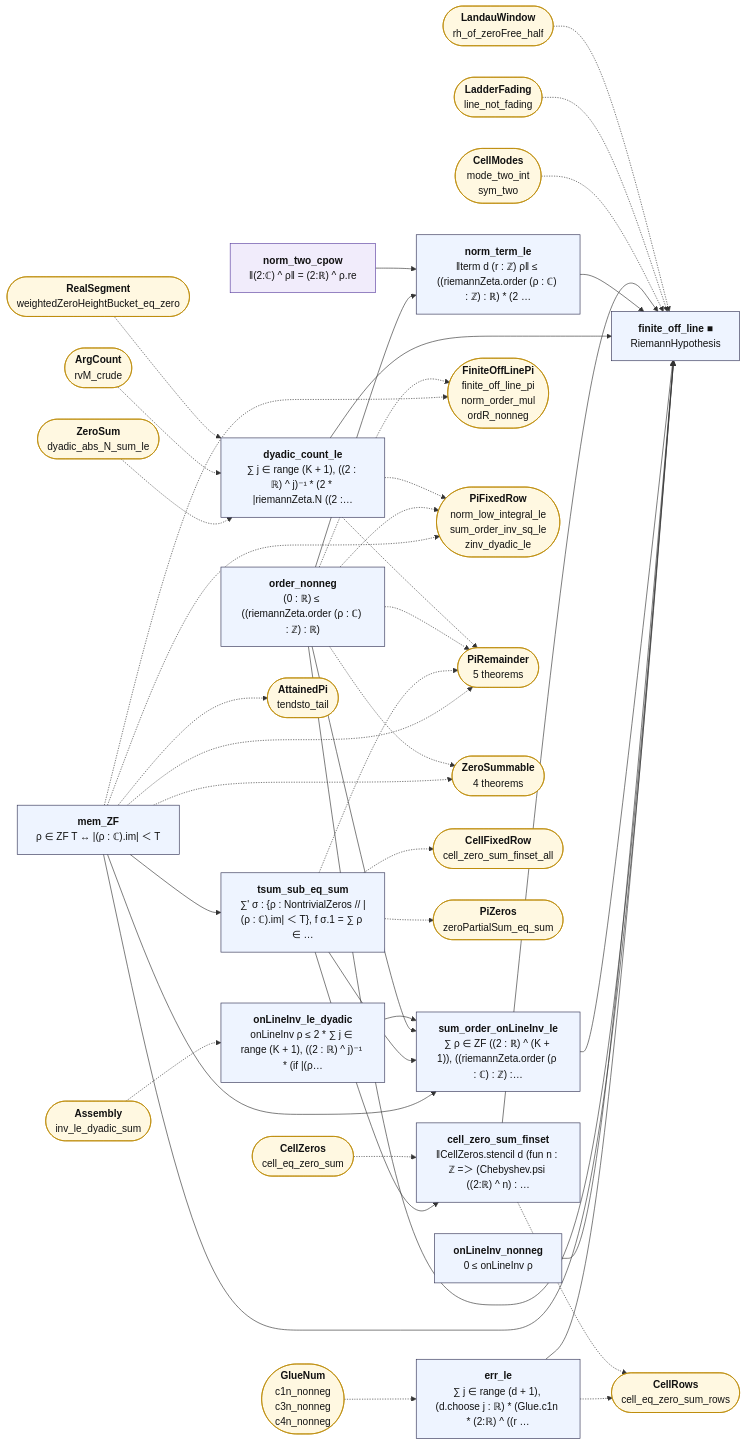
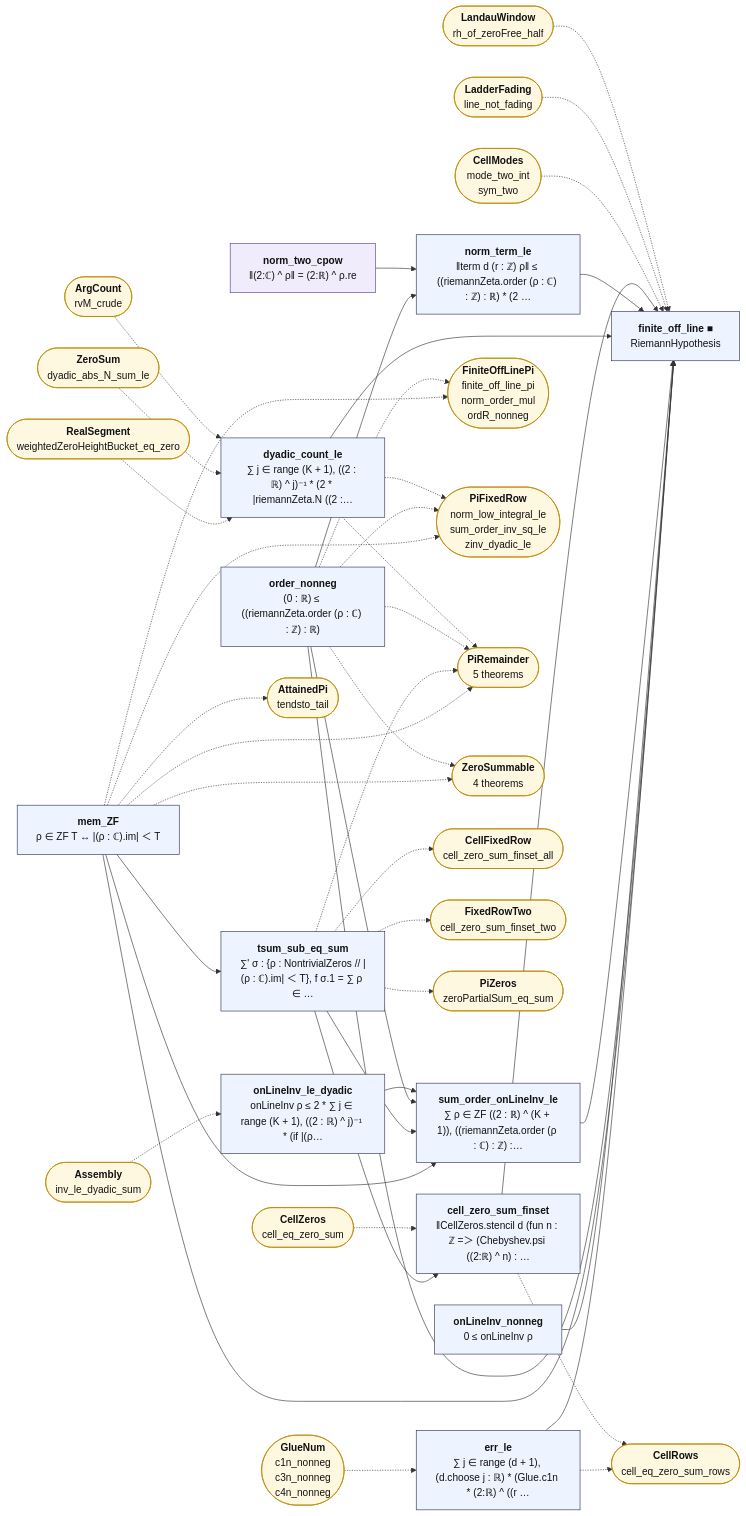
Before and after one commit to juliansambranojr/Primebeat_081426: the diagram in map/lean_stage3/FiniteOffLine.mmd, drawn with Mermaid. The commit also changed 49 other files, not shown here.

```diff
--- a/map/lean_stage3/FiniteOffLine.mmd
+++ b/map/lean_stage3/FiniteOffLine.mmd
@@ -1,79 +1,81 @@
 flowchart LR
   n0["<b>mem_ZF</b><br/>ρ ∈ ZF T ↔ |(ρ : ℂ).im| ＜ T"]:::thm
   n1["<b>tsum_sub_eq_sum</b><br/>∑' σ : {ρ : NontrivialZeros // |(ρ : ℂ).im| ＜ T}, f σ.1 = ∑ ρ ∈ …"]:::thm
   n2["<b>order_nonneg</b><br/>(0 : ℝ) ≤ ((riemannZeta.order (ρ : ℂ) : ℤ) : ℝ)"]:::thm
   n3["<b>onLineInv_nonneg</b><br/>0 ≤ onLineInv ρ"]:::thm
   n4["<b>onLineInv_le_dyadic</b><br/>onLineInv ρ ≤ 2 * ∑ j ∈ range (K + 1), ((2 : ℝ) ^ j)⁻¹ * (if |(ρ…"]:::thm
   n5["<b>sum_order_onLineInv_le</b><br/>∑ ρ ∈ ZF ((2 : ℝ) ^ (K + 1)), ((riemannZeta.order (ρ : ℂ) : ℤ) :…"]:::thm
   n6["<b>dyadic_count_le</b><br/>∑ j ∈ range (K + 1), ((2 : ℝ) ^ j)⁻¹ * (2 * |riemannZeta.N ((2 :…"]:::thm
   n7["<b>norm_two_cpow</b><br/>‖(2:ℂ) ^ ρ‖ = (2:ℝ) ^ ρ.re"]:::shp
   n8["<b>norm_term_le</b><br/>‖term d (r : ℤ) ρ‖ ≤ ((riemannZeta.order (ρ : ℂ) : ℤ) : ℝ) * (2 …"]:::thm
   n9["<b>cell_zero_sum_finset</b><br/>‖CellZeros.stencil d (fun n : ℤ =＞ (Chebyshev.psi ((2:ℝ) ^ n) : …"]:::thm
   n10["<b>err_le</b><br/>∑ j ∈ range (d + 1), (d.choose j : ℝ) * (Glue.c1n * (2:ℝ) ^ ((r …"]:::thm
   n11["<b>finite_off_line ■</b><br/>RiemannHypothesis"]:::thm
   x0(["<b>AttainedPi</b><br/>tendsto_tail"]):::ext
   x1(["<b>FiniteOffLinePi</b><br/>finite_off_line_pi<br/>norm_order_mul<br/>ordR_nonneg"]):::ext
   x2(["<b>PiFixedRow</b><br/>norm_low_integral_le<br/>sum_order_inv_sq_le<br/>zinv_dyadic_le"]):::ext
   x3(["<b>PiRemainder</b><br/>5 theorems"]):::ext
   x4(["<b>ZeroSummable</b><br/>4 theorems"]):::ext
   x5(["<b>CellFixedRow</b><br/>cell_zero_sum_finset_all"]):::ext
-  x6(["<b>PiZeros</b><br/>zeroPartialSum_eq_sum"]):::ext
-  x7(["<b>Assembly</b><br/>inv_le_dyadic_sum"]):::ext
-  x8(["<b>ArgCount</b><br/>rvM_crude"]):::ext
-  x9(["<b>RealSegment</b><br/>weightedZeroHeightBucket_eq_zero"]):::ext
-  x10(["<b>ZeroSum</b><br/>dyadic_abs_N_sum_le"]):::ext
-  x11(["<b>CellZeros</b><br/>cell_eq_zero_sum"]):::ext
-  x12(["<b>CellRows</b><br/>cell_eq_zero_sum_rows"]):::ext
-  x13(["<b>GlueNum</b><br/>c1n_nonneg<br/>c3n_nonneg<br/>c4n_nonneg"]):::ext
-  x14(["<b>CellModes</b><br/>mode_two_int<br/>sym_two"]):::ext
-  x15(["<b>LadderFading</b><br/>line_not_fading"]):::ext
-  x16(["<b>LandauWindow</b><br/>rh_of_zeroFree_half"]):::ext
+  x6(["<b>FixedRowTwo</b><br/>cell_zero_sum_finset_two"]):::ext
+  x7(["<b>PiZeros</b><br/>zeroPartialSum_eq_sum"]):::ext
+  x8(["<b>Assembly</b><br/>inv_le_dyadic_sum"]):::ext
+  x9(["<b>ArgCount</b><br/>rvM_crude"]):::ext
+  x10(["<b>RealSegment</b><br/>weightedZeroHeightBucket_eq_zero"]):::ext
+  x11(["<b>ZeroSum</b><br/>dyadic_abs_N_sum_le"]):::ext
+  x12(["<b>CellZeros</b><br/>cell_eq_zero_sum"]):::ext
+  x13(["<b>CellRows</b><br/>cell_eq_zero_sum_rows"]):::ext
+  x14(["<b>GlueNum</b><br/>c1n_nonneg<br/>c3n_nonneg<br/>c4n_nonneg"]):::ext
+  x15(["<b>CellModes</b><br/>mode_two_int<br/>sym_two"]):::ext
+  x16(["<b>LadderFading</b><br/>line_not_fading"]):::ext
+  x17(["<b>LandauWindow</b><br/>rh_of_zeroFree_half"]):::ext
   n0 --> n1
   n0 --> n11
   n0 --> n5
   n1 --> n5
   n1 --> n9
   n10 --> n11
   n2 --> n11
   n2 --> n5
   n2 --> n8
   n3 --> n11
   n4 --> n5
   n5 --> n11
   n6 --> n11
   n7 --> n8
   n8 --> n11
   n9 --> n11
   n0 -.-> x0
   n0 -.-> x1
   n0 -.-> x2
   n0 -.-> x3
   n0 -.-> x4
   n1 -.-> x3
   n1 -.-> x5
   n1 -.-> x6
-  n10 -.-> x12
+  n1 -.-> x7
+  n10 -.-> x13
   n2 -.-> x1
   n2 -.-> x2
   n2 -.-> x3
   n2 -.-> x4
   n6 -.-> x2
   n6 -.-> x3
-  n9 -.-> x12
+  n9 -.-> x13
   x10 -.-> n6
-  x11 -.-> n9
-  x13 -.-> n10
-  x14 -.-> n11
+  x11 -.-> n6
+  x12 -.-> n9
+  x14 -.-> n10
   x15 -.-> n11
   x16 -.-> n11
-  x7 -.-> n4
-  x8 -.-> n6
+  x17 -.-> n11
+  x8 -.-> n4
   x9 -.-> n6
   classDef cnt fill:#dff5ec,stroke:#17694a,color:#111
   classDef shp fill:#f1ecfb,stroke:#5b3fa0,color:#111
   classDef rh fill:#ffe5e5,stroke:#c22,color:#111,stroke-width:2px
   classDef thm fill:#eef4ff,stroke:#335,color:#111
   classDef end_ fill:#e7f7e7,stroke:#2a7,color:#111,stroke-width:2px
   classDef lone fill:#fff,stroke:#999,color:#111,stroke-dasharray:4 3
   classDef bad fill:#ffe5e5,stroke:#c22,color:#111,stroke-width:2px
   classDef ext fill:#fff8e1,stroke:#b80,color:#111
```
